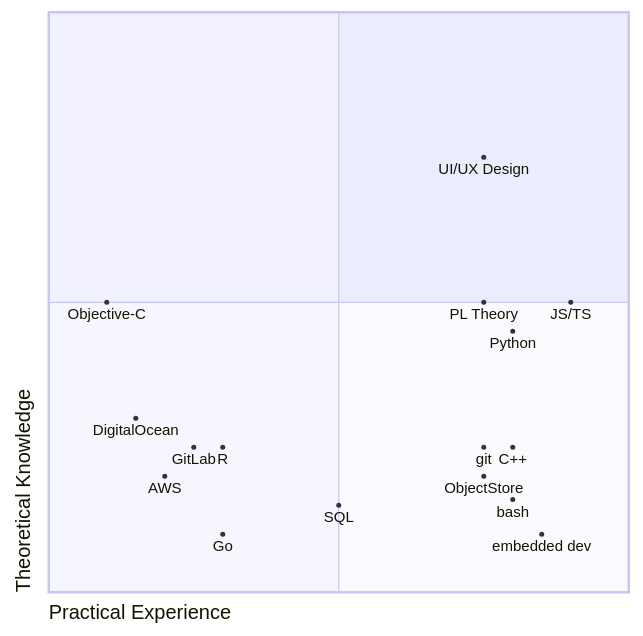
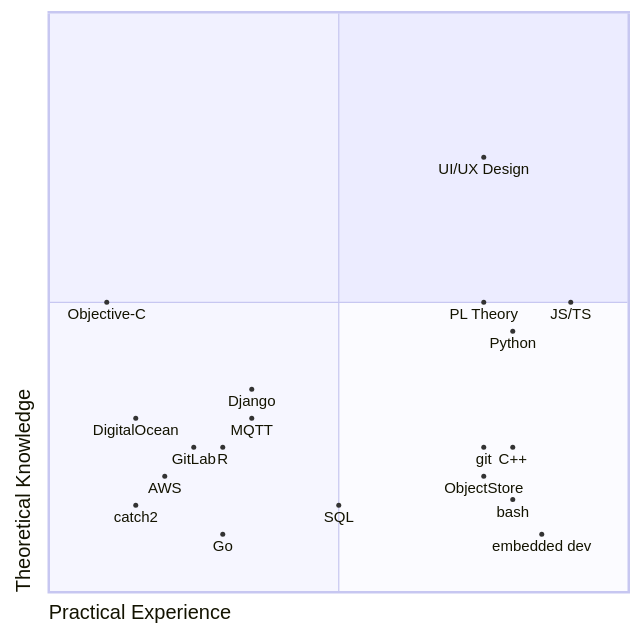
One commit to AshwinSundar/resume changed the first of 3 diagrams in resume.md. Above: the diagram before and after it, drawn with Mermaid. The commit also changed other lines of this file, not shown here.

Commit message:
fills in framework, adds diagrams

````diff
--- a/resume.md
+++ b/resume.md
@@ -17,26 +17,26 @@
 ```mermaid
 quadrantChart
     %%{init: {"quadrantChart": {"pointRadius": 2}, "themeVariables": {} }}%%
     x-axis Practical Experience
     y-axis Theoretical Knowledge
 
     GitLab : [0.25, 0.25]
     git : [0.75, 0.25]
     AWS : [0.2, 0.2]
     DigitalOcean: [0.15, 0.30]
     ObjectStore: [0.75, 0.2]
     PL Theory: [0.75, 0.5]
     JS/TS: [0.9, 0.5]
     Python: [0.8, 0.45]
     R: [0.3, 0.25]
     Objective-C: [0.1, 0.5]
     bash: [0.8, 0.16]
     C++: [0.8, 0.25]
     Go: [0.3, 0.1]
     SQL: [0.5, 0.15]
     UI/UX Design: [0.75, 0.75]
     embedded dev: [0.85, 0.10]
-
-    
-
+    catch2: [0.15, 0.15]
+    Django: [0.35, 0.35]
+    MQTT: [0.35, 0.3]
 ```
````
